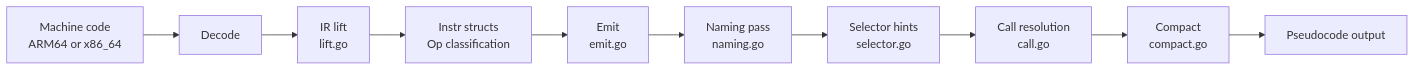
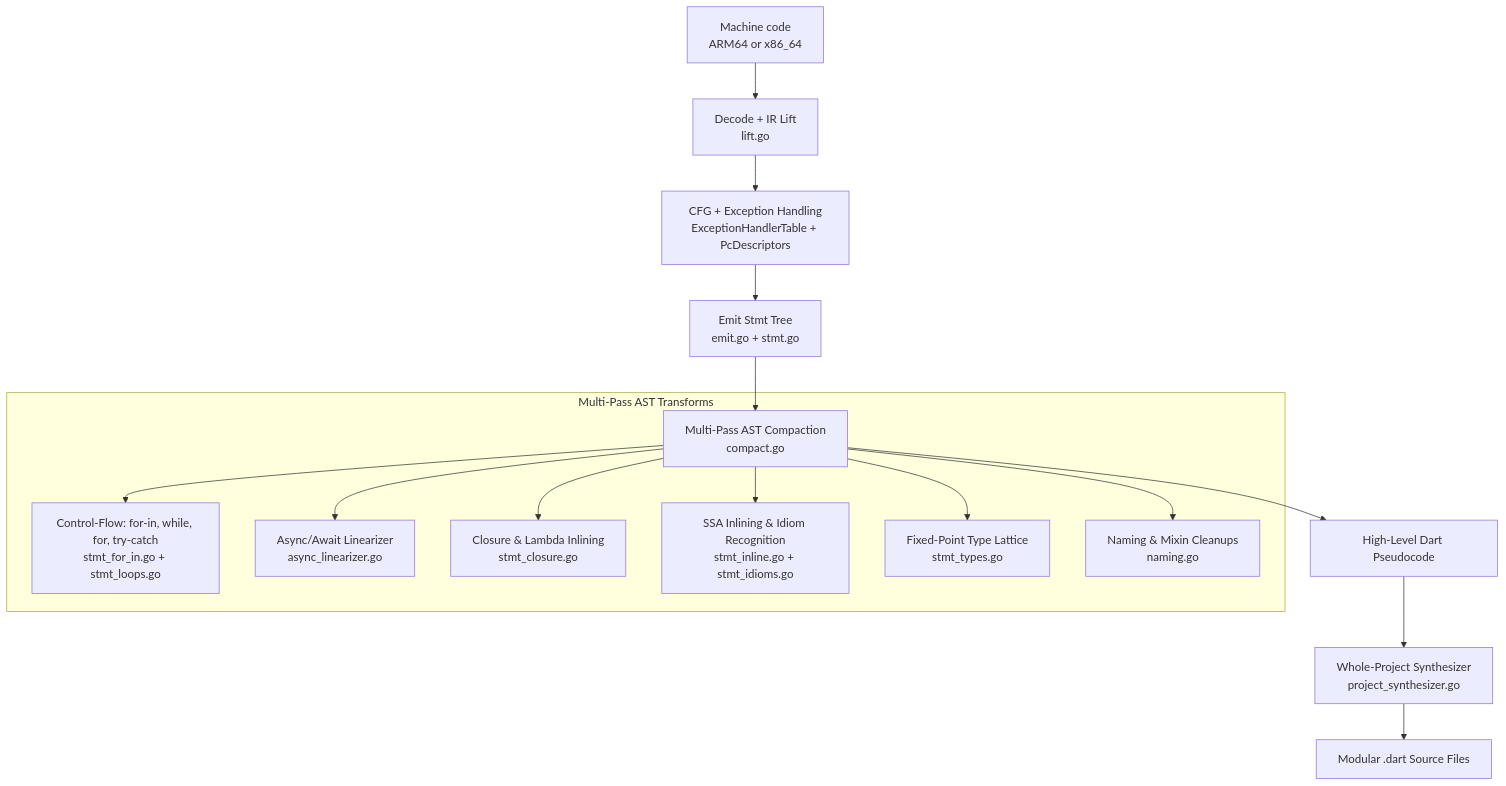
Before and after one commit to BroNils/aotopsy: the second of 5 diagrams in ARCHITECTURE.md, drawn with Mermaid. The commit also changed other lines of this file and 93 other files, not shown here.

First line of the commit message:
AOTopsy v1.0.0: SSA value-graph decompiler, whole-project reconstruction, 19-version ground-truth corpus (#8)

````diff
--- a/ARCHITECTURE.md
+++ b/ARCHITECTURE.md
@@ -120,12 +120,20 @@
 ```mermaid
-flowchart LR
-    A[Machine code<br/>ARM64 or x86_64] --> B[Decode]
-    B --> C[IR lift<br/>lift.go]
-    C --> D[Instr structs<br/>Op classification]
-    D --> E[Emit<br/>emit.go]
-    E --> F[Naming pass<br/>naming.go]
-    F --> G[Selector hints<br/>selector.go]
-    G --> H[Call resolution<br/>call.go]
-    H --> I[Compact<br/>compact.go]
-    I --> J[Pseudocode output]
+flowchart TD
+    A[Machine code<br/>ARM64 or x86_64] --> B[Decode + IR Lift<br/>lift.go]
+    B --> C[CFG + Exception Handling<br/>ExceptionHandlerTable + PcDescriptors]
+    C --> D[Emit Stmt Tree<br/>emit.go + stmt.go]
+    D --> E[Multi-Pass AST Compaction<br/>compact.go]
+    
+    subgraph Multi-Pass AST Transforms
+        E --> F1[Control-Flow: for-in, while, for, try-catch<br/>stmt_for_in.go + stmt_loops.go]
+        E --> F2[Async/Await Linearizer<br/>async_linearizer.go]
+        E --> F3[Closure & Lambda Inlining<br/>stmt_closure.go]
+        E --> F4[SSA Inlining & Idiom Recognition<br/>stmt_inline.go + stmt_idioms.go]
+        E --> F5[Fixed-Point Type Lattice<br/>stmt_types.go]
+        E --> F6[Naming & Mixin Cleanups<br/>naming.go]
+    end
+
+    E --> G[High-Level Dart Pseudocode]
+    G --> H[Whole-Project Synthesizer<br/>project_synthesizer.go]
+    H --> I[Modular .dart Source Files]
 ```
````
